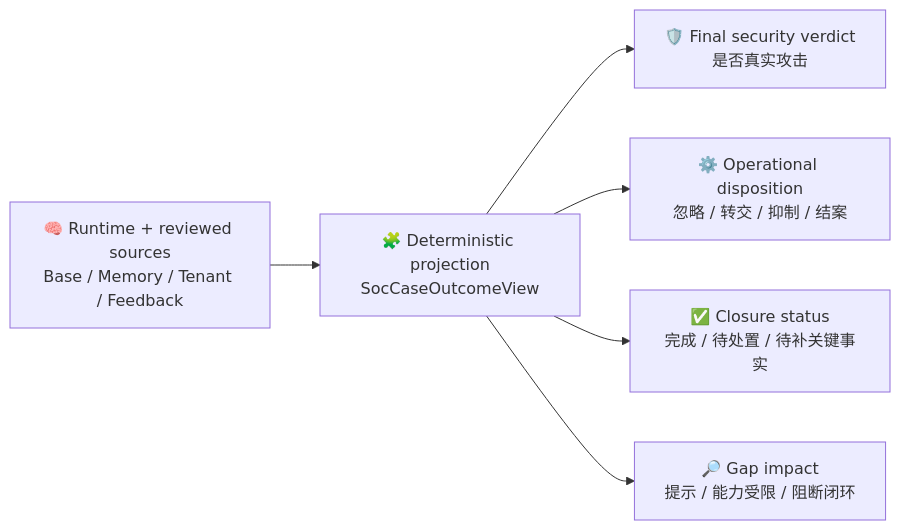
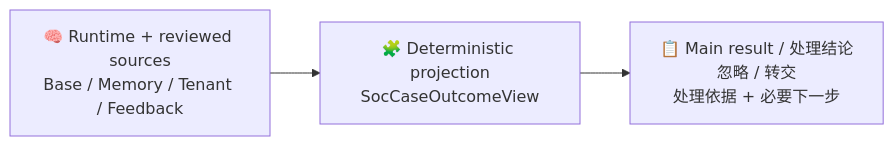
One commit to yydspanda/deer-flow changed the tenth of 18 diagrams in .notes/ai_soc/soc-agent-solution.md. Above: the diagram before and after it, drawn with Mermaid. The commit also changed other lines of this file and 42 other files, not shown here.

````diff
--- a/.notes/ai_soc/soc-agent-solution.md
+++ b/.notes/ai_soc/soc-agent-solution.md
@@ -1348,8 +1349,5 @@
 ```mermaid
 flowchart LR
     L["🧠 Runtime + reviewed sources<br/>Base / Memory / Tenant / Feedback"] --> P["🧩 Deterministic projection<br/>SocCaseOutcomeView"]
-    P --> V["🛡️ Final security verdict<br/>是否真实攻击"]
-    P --> D["⚙️ Operational disposition<br/>忽略 / 转交 / 抑制 / 结案"]
-    P --> C["✅ Closure status<br/>完成 / 待处置 / 待补关键事实"]
-    P --> G["🔎 Gap impact<br/>提示 / 能力受限 / 阻断闭环"]
+    P --> D["📋 Main result / 处理结论<br/>忽略 / 转交<br/>处理依据 + 必要下一步"]
 ```
````
